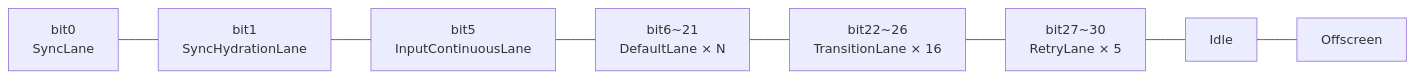
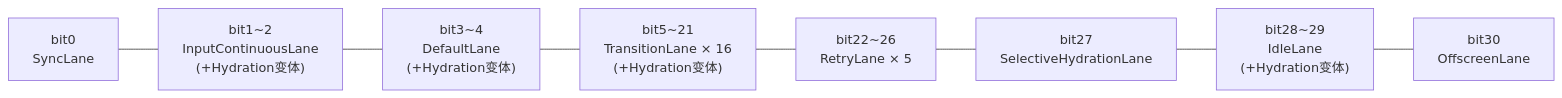
The sixth of 18 diagrams in docs/react-core.md (lotosv2010/react-source), drawn with Mermaid before and after one commit. The commit also changed other lines of this file and 1 other file, not shown here.

First line of the commit message:
docs: 修正流程图与官方源码的偏差，补充缺失知识点

````diff
--- a/docs/react-core.md
+++ b/docs/react-core.md
@@ -137,4 +137,4 @@
 ```mermaid
 graph LR
-    A["bit0<br/>SyncLane"] --- B["bit1<br/>SyncHydrationLane"] --- C["bit5<br/>InputContinuousLane"] --- D["bit6~21<br/>DefaultLane × N"] --- E["bit22~26<br/>TransitionLane × 16"] --- F["bit27~30<br/>RetryLane × 5"] --- G["Idle"] --- H["Offscreen"]
+    A["bit0<br/>SyncLane"] --- B["bit1~2<br/>InputContinuousLane<br/>(+Hydration变体)"] --- C["bit3~4<br/>DefaultLane<br/>(+Hydration变体)"] --- D["bit5~21<br/>TransitionLane × 16<br/>(+Hydration变体)"] --- E["bit22~26<br/>RetryLane × 5"] --- F["bit27<br/>SelectiveHydrationLane"] --- G["bit28~29<br/>IdleLane<br/>(+Hydration变体)"] --- H["bit30<br/>OffscreenLane"]
 ```
````
